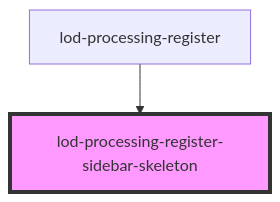
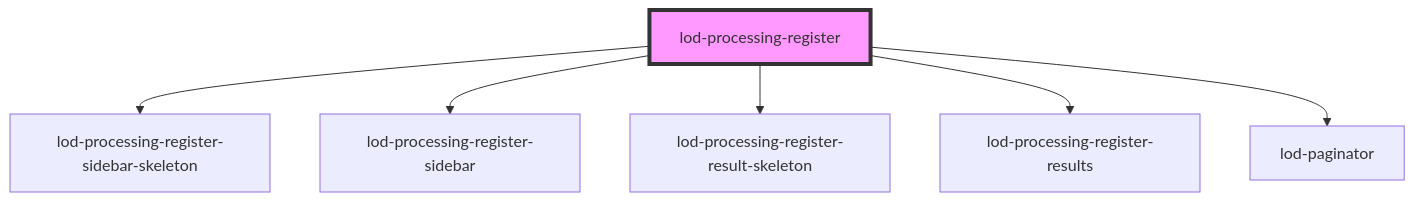
One commit to StadGent/js_widget-lod changed the diagram in src/components/lod-processing-register/readme.md. Above: the diagram before and after it, drawn with Mermaid. The commit also changed other lines of this file and 14 other files, not shown here.

Commit message:
Update readme of processing register

````diff
--- a/src/components/lod-processing-register/readme.md
+++ b/src/components/lod-processing-register/readme.md
@@ -15,5 +29,9 @@
 ```mermaid
 graph TD;
   lod-processing-register --> lod-processing-register-sidebar-skeleton
-  style lod-processing-register-sidebar-skeleton fill:#f9f,stroke:#333,stroke-width:4px
+  lod-processing-register --> lod-processing-register-sidebar
+  lod-processing-register --> lod-processing-register-result-skeleton
+  lod-processing-register --> lod-processing-register-results
+  lod-processing-register --> lod-paginator
+  style lod-processing-register fill:#f9f,stroke:#333,stroke-width:4px
 ```
````
